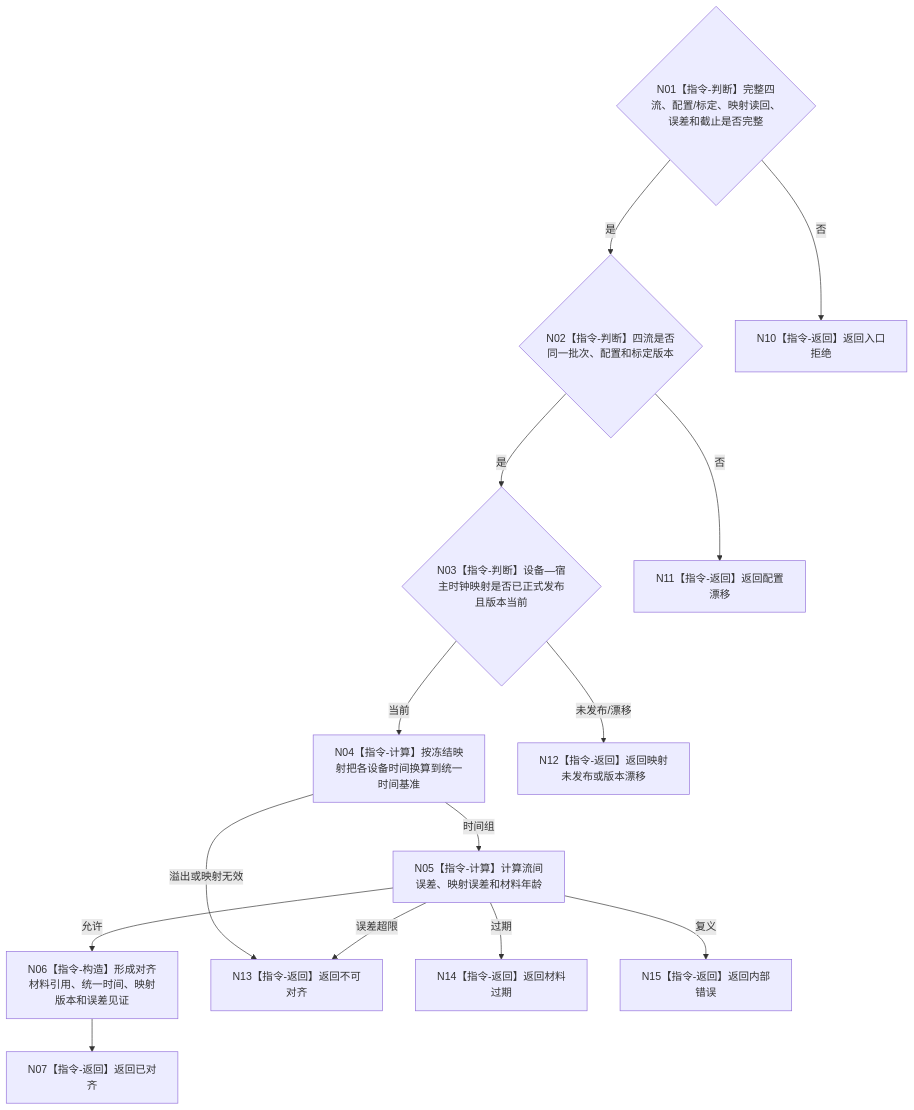
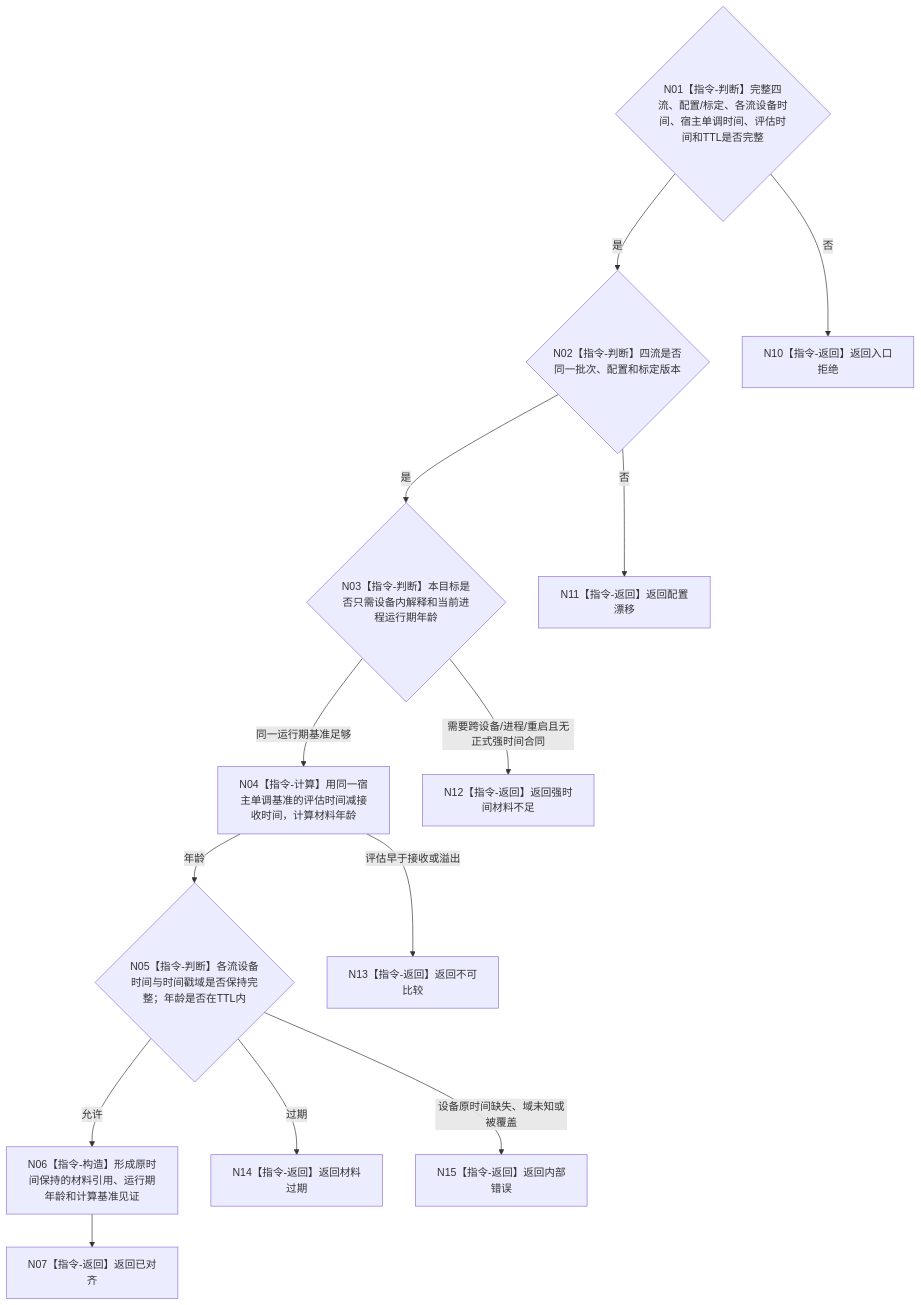
One commit to chunhaizh-cyber/HY-Ego changed the diagram in 流程图/目标业务流程图/L4/BIZ-L4-006-03-02-01_双目相机时间对齐适配器对齐_目标函数流程图_v0.2.md. Above: the diagram before and after it, drawn with Mermaid. The commit also changed other lines of this file and 20 other files, not shown here.

````diff
--- a/流程图/目标业务流程图/L4/BIZ-L4-006-03-02-01_双目相机时间对齐适配器对齐_目标函数流程图_v0.2.md
+++ b/流程图/目标业务流程图/L4/BIZ-L4-006-03-02-01_双目相机时间对齐适配器对齐_目标函数流程图_v0.2.md
@@ -31,29 +31,28 @@
 ```mermaid
 flowchart TD
-    N01{"N01【指令-判断】完整四流、配置/标定、映射读回、误差和截止是否完整"}
+    N01{"N01【指令-判断】完整四流、配置/标定、各流设备时间、宿主单调时间、评估时间和TTL是否完整"}
     N02{"N02【指令-判断】四流是否同一批次、配置和标定版本"}
-    N03{"N03【指令-判断】设备—宿主时钟映射是否已正式发布且版本当前"}
-    N04["N04【指令-计算】按冻结映射把各设备时间换算到统一时间基准"]
-    N05["N05【指令-计算】计算流间误差、映射误差和材料年龄"]
-    N06["N06【指令-构造】形成对齐材料引用、统一时间、映射版本和误差见证"]
+    N03{"N03【指令-判断】本目标是否只需设备内解释和当前进程运行期年龄"}
+    N04["N04【指令-计算】用同一宿主单调基准的评估时间减接收时间，计算材料年龄"]
+    N05{"N05【指令-判断】各流设备时间与时间戳域是否保持完整；年龄是否在TTL内"}
+    N06["N06【指令-构造】形成原时间保持的材料引用、运行期年龄和计算基准见证"]
     N07["N07【指令-返回】返回已对齐"]
     N10["N10【指令-返回】返回入口拒绝"]
     N11["N11【指令-返回】返回配置漂移"]
-    N12["N12【指令-返回】返回映射未发布或版本漂移"]
-    N13["N13【指令-返回】返回不可对齐"]
+    N12["N12【指令-返回】返回强时间材料不足"]
+    N13["N13【指令-返回】返回不可比较"]
     N14["N14【指令-返回】返回材料过期"]
     N15["N15【指令-返回】返回内部错误"]
 
     N01 -->|否| N10
     N01 -->|是| N02
     N02 -->|否| N11
     N02 -->|是| N03
-    N03 -->|未发布/漂移| N12
-    N03 -->|当前| N04
-    N04 -->|溢出或映射无效| N13
-    N04 -->|时间组| N05
+    N03 -->|需要跨设备/进程/重启且无正式强时间合同| N12
+    N03 -->|同一运行期基准足够| N04
+    N04 -->|评估早于接收或溢出| N13
+    N04 -->|年龄| N05
     N05 -->|过期| N14
-    N05 -->|误差超限| N13
-    N05 -->|复义| N15
+    N05 -->|设备原时间缺失、域未知或被覆盖| N15
     N05 -->|允许| N06 --> N07
 ```
````
